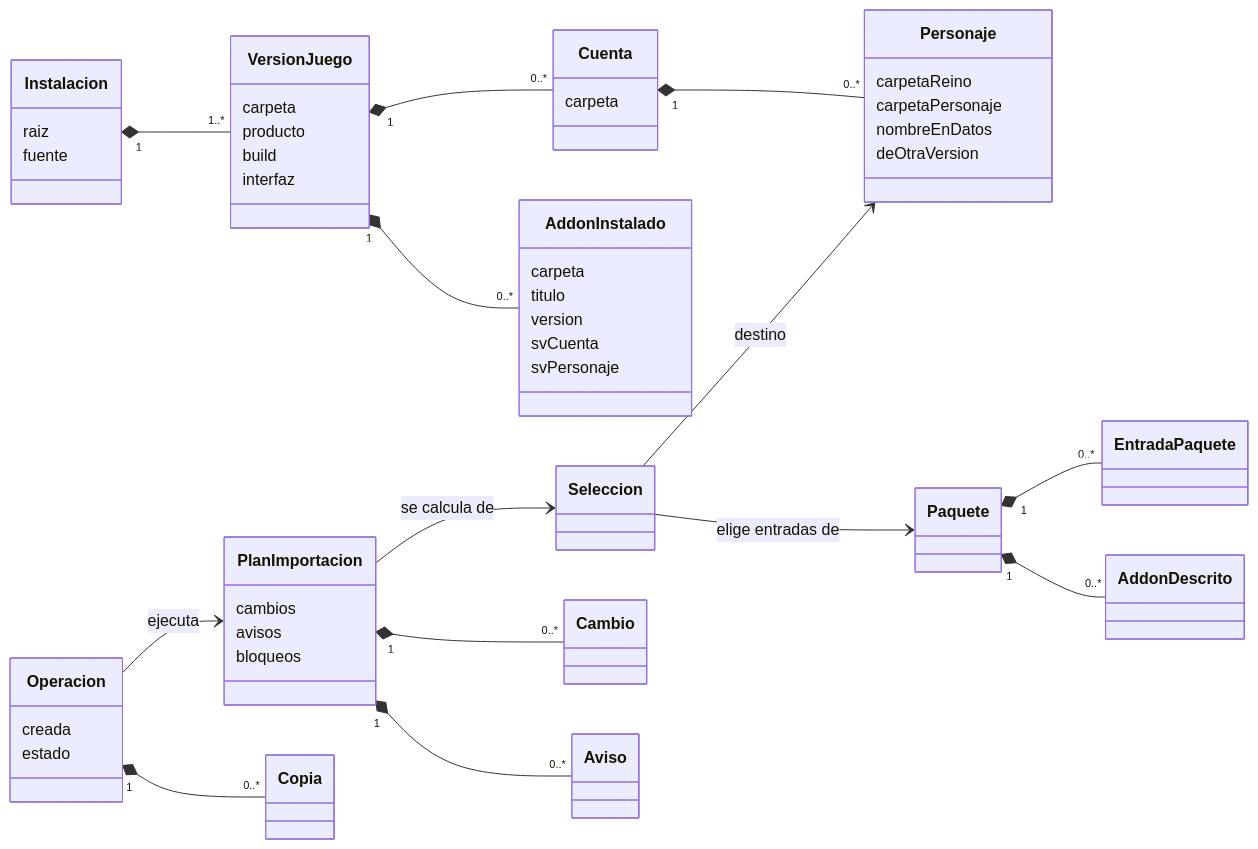
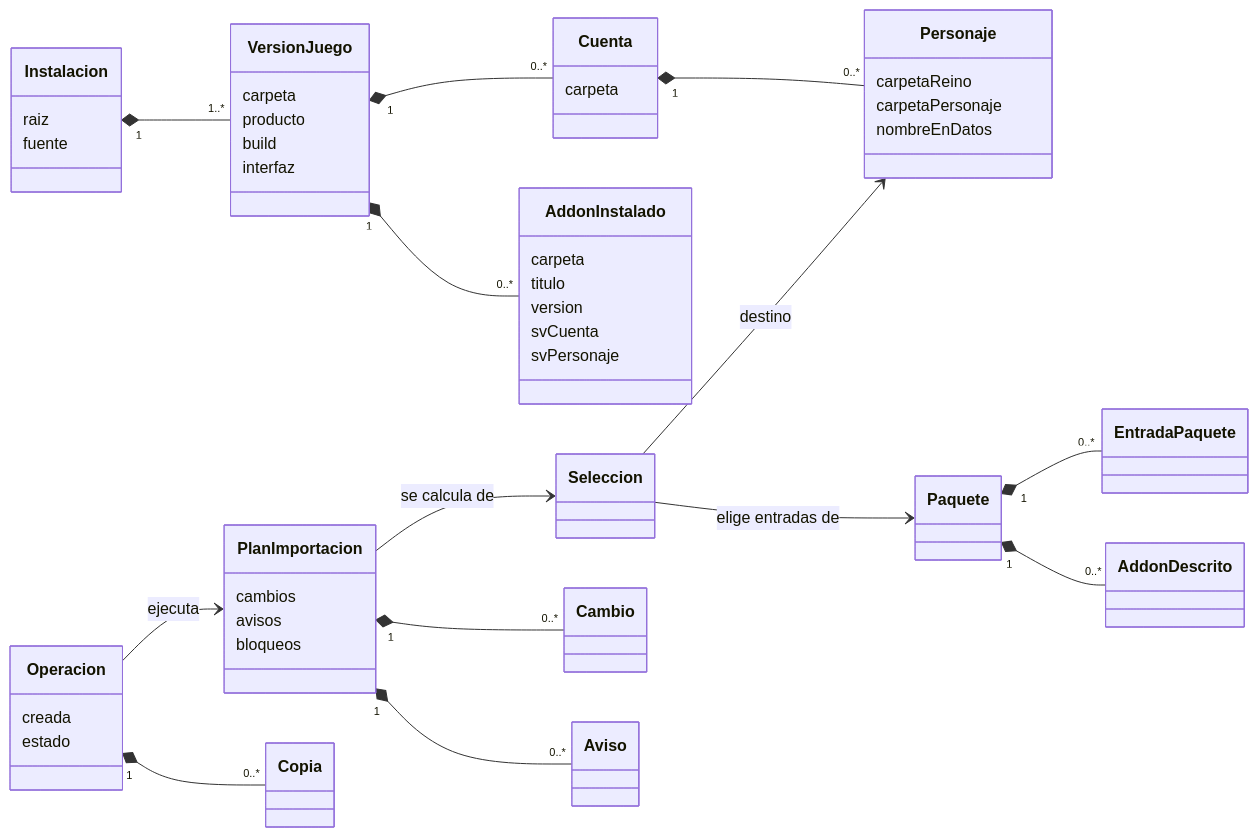
One commit to SergioVertedor/wow-profile-manager changed the diagram in docs/modelo-de-datos.md. Above: the diagram before and after it, drawn with Mermaid. The commit also changed other lines of this file and 2 other files, not shown here.

````diff
--- a/docs/modelo-de-datos.md
+++ b/docs/modelo-de-datos.md
@@ -18,53 +18,52 @@
 ```mermaid
 classDiagram
     direction LR
     Instalacion "1" *-- "1..*" VersionJuego
     VersionJuego "1" *-- "0..*" Cuenta
     VersionJuego "1" *-- "0..*" AddonInstalado
     Cuenta "1" *-- "0..*" Personaje
     Paquete "1" *-- "0..*" EntradaPaquete
     Paquete "1" *-- "0..*" AddonDescrito
     Seleccion --> Paquete : elige entradas de
     Seleccion --> Personaje : destino
     PlanImportacion --> Seleccion : se calcula de
     PlanImportacion "1" *-- "0..*" Cambio
     PlanImportacion "1" *-- "0..*" Aviso
     Operacion --> PlanImportacion : ejecuta
     Operacion "1" *-- "0..*" Copia
 
     class Instalacion {
       raiz
       fuente
     }
     class VersionJuego {
       carpeta
       producto
       build
       interfaz
     }
     class Cuenta {
       carpeta
     }
     class Personaje {
       carpetaReino
       carpetaPersonaje
       nombreEnDatos
-      deOtraVersion
     }
     class AddonInstalado {
       carpeta
       titulo
       version
       svCuenta
       svPersonaje
     }
     class PlanImportacion {
       cambios
       avisos
       bloqueos
     }
     class Operacion {
       creada
       estado
     }
 ```
````
